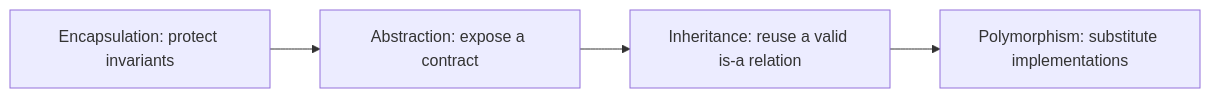
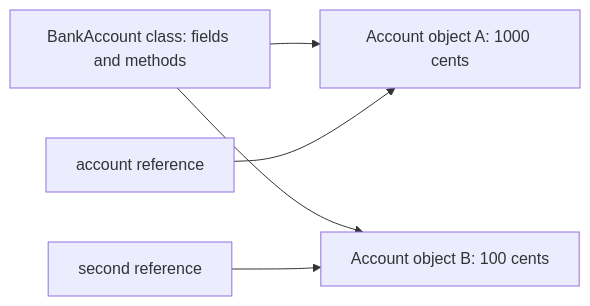
The first of 4 diagrams in content/java-spring/01d-java-oop-pillars.md (Prem-Duvvapu/cs-fundamentals-with-ui), drawn with Mermaid before and after one commit. The commit also changed other lines of this file and 28 other files, not shown here.

````diff
--- a/content/java-spring/01d-java-oop-pillars.md
+++ b/content/java-spring/01d-java-oop-pillars.md
@@ -9,6 +30,7 @@
 ```mermaid
 flowchart LR
-    E["Encapsulation: protect invariants"] --> A["Abstraction: expose a contract"]
-    A --> I["Inheritance: reuse a valid is-a relation"]
-    I --> P["Polymorphism: substitute implementations"]
+    C["BankAccount class: fields and methods"] --> A["Account object A: 1000 cents"]
+    C --> B["Account object B: 100 cents"]
+    R["account reference"] --> A
+    S["second reference"] --> B
 ```
````
